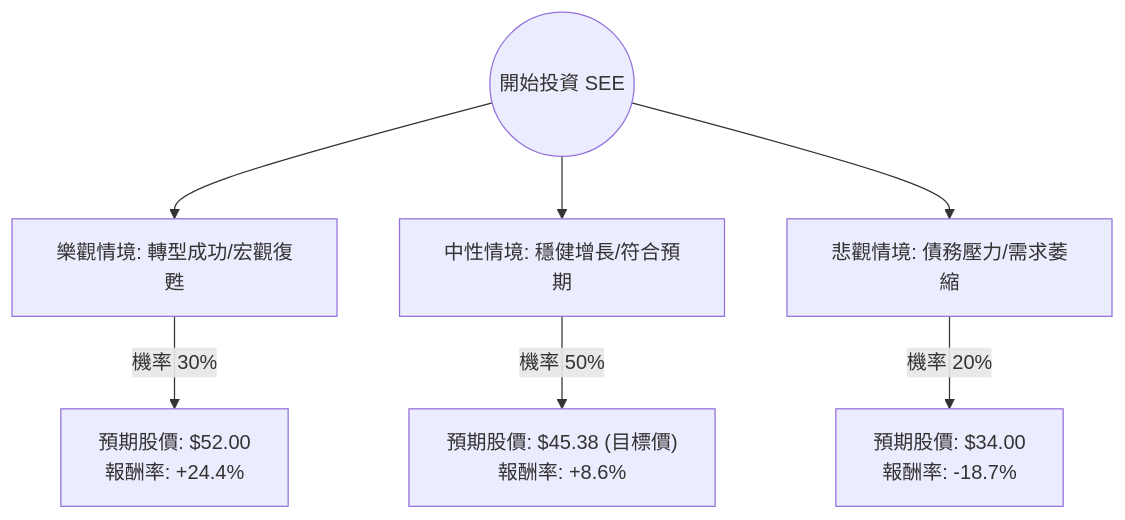
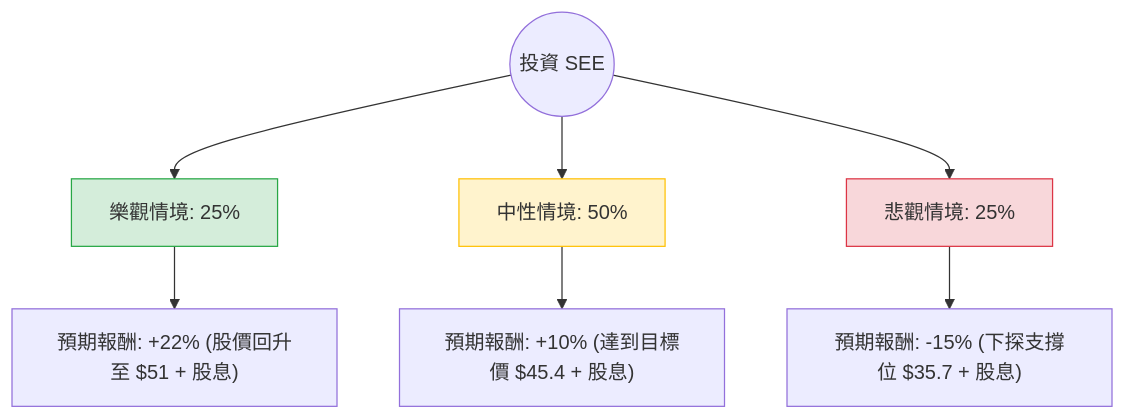
Before and after one commit to zmcx16/zmcx16.github.io: the diagram in plugin-react/ai-analysis/ev-analysis/SEE.md, drawn with Mermaid. The commit also changed other lines of this file and 95 other files, not shown here.

````diff
--- a/plugin-react/ai-analysis/ev-analysis/SEE.md
+++ b/plugin-react/ai-analysis/ev-analysis/SEE.md
@@ -22,10 +21,14 @@
 ```mermaid
 graph TD
-    Start((開始投資 SEE)) --> Bull[樂觀情境: 轉型成功/宏觀復甦]
-    Start --> Base[中性情境: 穩健增長/符合預期]
-    Start --> Bear[悲觀情境: 債務壓力/需求萎縮]
+    Start((投資 SEE)) --> Bull[樂觀情境: 25%]
+    Start --> Base[中性情境: 50%]
+    Start --> Bear[悲觀情境: 25%]
 
-    Bull -- "機率 30%" --> BullVal["預期股價: $52.00 <br/> 報酬率: +24.4%"]
-    Base -- "機率 50%" --> BaseVal["預期股價: $45.38 (目標價) <br/> 報酬率: +8.6%"]
-    Bear -- "機率 20%" --> BearVal["預期股價: $34.00 <br/> 報酬率: -18.7%"]
+    Bull --> Bull_EV["預期報酬: +22% (股價回升至 $51 + 股息)"]
+    Base --> Base_EV["預期報酬: +10% (達到目標價 $45.4 + 股息)"]
+    Bear --> Bear_EV["預期報酬: -15% (下探支撐位 $35.7 + 股息)"]
+
+    style Bull fill:#d4edda,stroke:#28a745
+    style Base fill:#fff3cd,stroke:#ffc107
+    style Bear fill:#f8d7da,stroke:#dc3545
 ```
````
